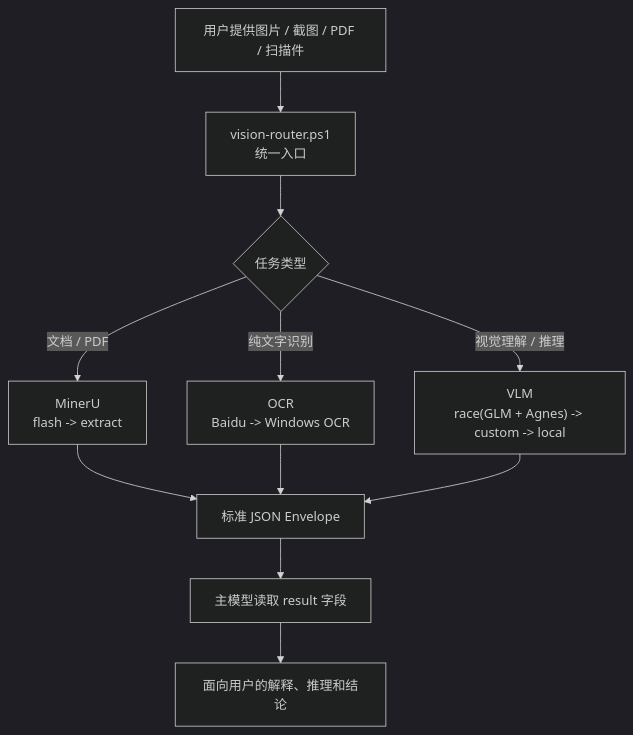
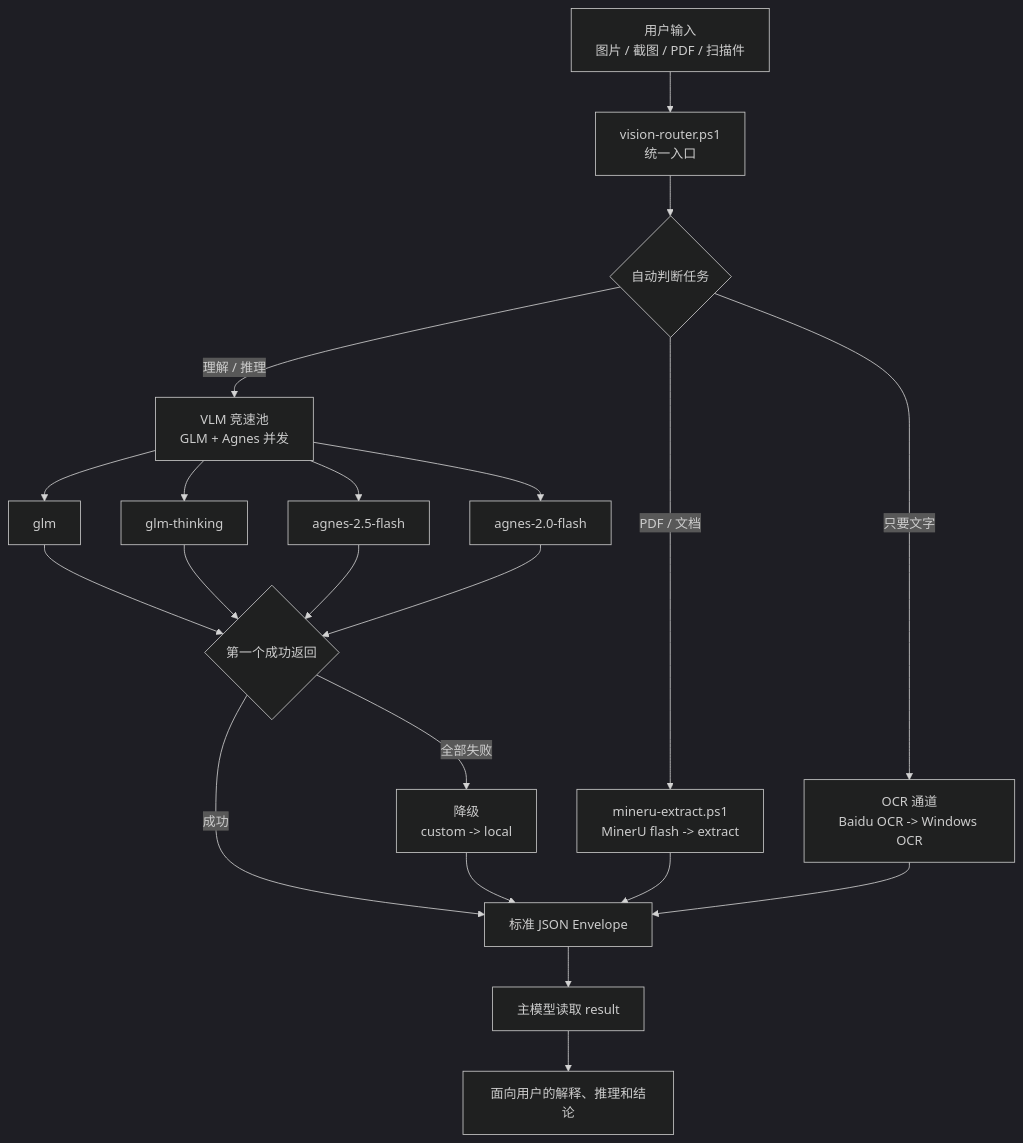
One commit to Sorwcyra/ds-vision-skill changed the first of 2 diagrams in README.md. Above: the diagram before and after it, drawn with Mermaid (dark theme). The commit also changed other lines of this file, not shown here.

````diff
--- a/README.md
+++ b/README.md
@@ -14,13 +34,28 @@
 ```mermaid
 flowchart TD
-    A["用户提供图片 / 截图 / PDF / 扫描件"] --> B["vision-router.ps1<br/>统一入口"]
-    B --> C{"任务类型"}
-    C -->|文档 / PDF| D["MinerU<br/>flash -> extract"]
-    C -->|纯文字识别| E["OCR<br/>Baidu -> Windows OCR"]
-    C -->|视觉理解 / 推理| F["VLM<br/>race(GLM + Agnes) -> custom -> local"]
-    D --> G["标准 JSON Envelope"]
-    E --> G
-    F --> G
-    G --> H["主模型读取 result 字段"]
-    H --> I["面向用户的解释、推理和结论"]
+    A["用户输入<br/>图片 / 截图 / PDF / 扫描件"] --> B["vision-router.ps1<br/>统一入口"]
+    B --> C{"自动判断任务"}
+
+    C -->|PDF / 文档| D["mineru-extract.ps1<br/>MinerU flash -> extract"]
+    C -->|只要文字| E["OCR 通道<br/>Baidu OCR -> Windows OCR"]
+    C -->|理解 / 推理| F["VLM 竞速池<br/>GLM + Agnes 并发"]
+
+    F --> F1["glm"]
+    F --> F2["glm-thinking"]
+    F --> F3["agnes-2.5-flash"]
+    F --> F4["agnes-2.0-flash"]
+
+    F1 --> G{"第一个成功返回"}
+    F2 --> G
+    F3 --> G
+    F4 --> G
+
+    G -->|成功| J["标准 JSON Envelope"]
+    G -->|全部失败| H["降级<br/>custom -> local"]
+    H --> J
+    D --> J
+    E --> J
+
+    J --> K["主模型读取 result"]
+    K --> L["面向用户的解释、推理和结论"]
 ```
````
